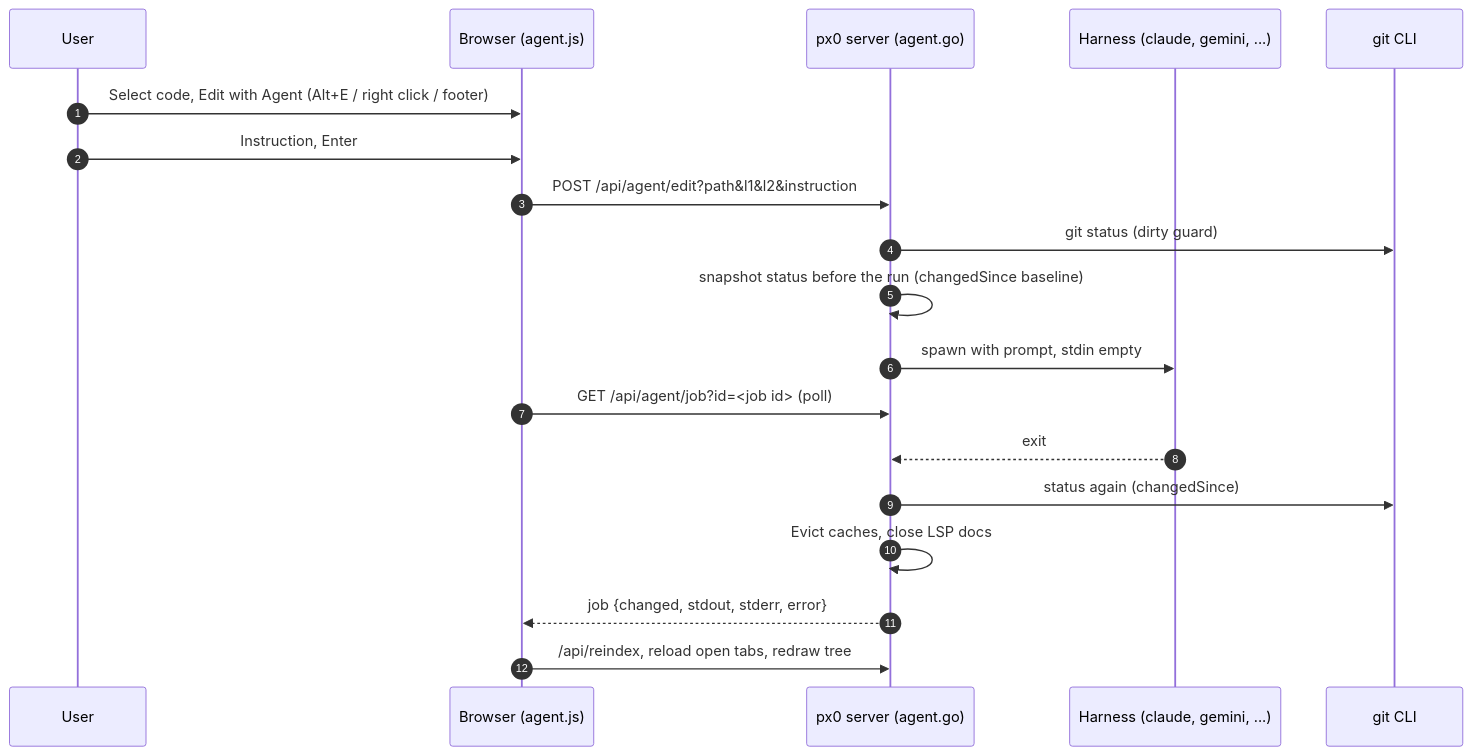
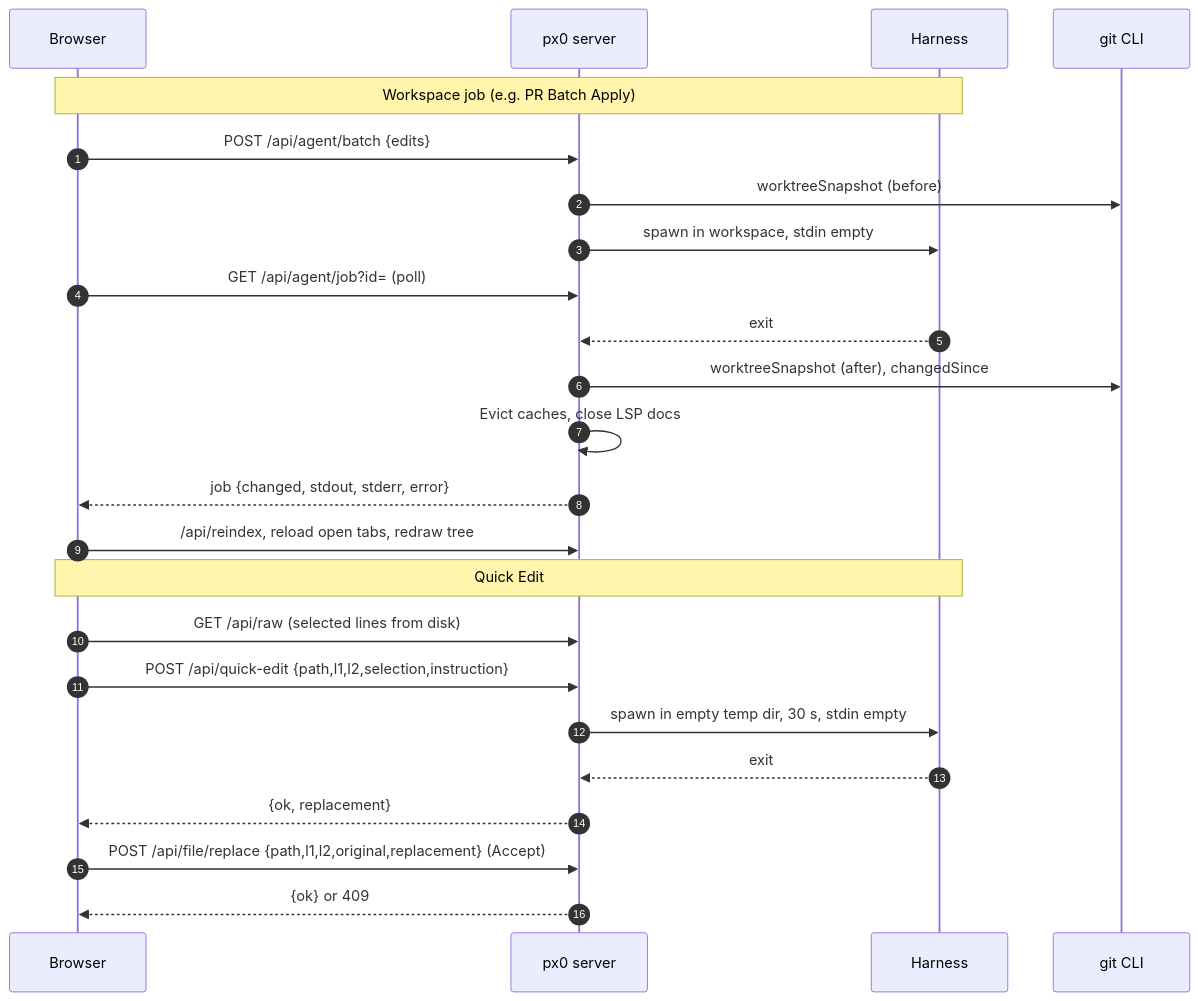
The diagram in docs/internals/agent-editing.md (Neautrino/punk0), drawn with Mermaid before and after one commit. The commit also changed other lines of this file and 25 other files, not shown here.

First line of the commit message:
docs: editor terminal and Quick Edit replace Threads and Edit Inline

````diff
--- a/docs/internals/agent-editing.md
+++ b/docs/internals/agent-editing.md
@@ -28,22 +25,28 @@
 ```mermaid
 sequenceDiagram
     autonumber
-    participant U as User
-    participant UI as Browser (agent.js)
-    participant S as px0 server (agent.go)
-    participant H as Harness (claude, gemini, ...)
+    participant UI as Browser
+    participant S as px0 server
+    participant H as Harness
     participant G as git CLI
 
-    U->>UI: Select code, Edit with Agent (Alt+E / right click / footer)
-    U->>UI: Instruction, Enter
-    UI->>S: POST /api/agent/edit?path&l1&l2&instruction
-    S->>G: git status (dirty guard)
-    S->>S: snapshot status before the run (changedSince baseline)
-    S->>H: spawn with prompt, stdin empty
-    UI->>S: GET /api/agent/job?id=<job id> (poll)
+    Note over UI,H: Workspace job (e.g. PR Batch Apply)
+    UI->>S: POST /api/agent/batch {edits}
+    S->>G: worktreeSnapshot (before)
+    S->>H: spawn in workspace, stdin empty
+    UI->>S: GET /api/agent/job?id= (poll)
     H-->>S: exit
-    S->>G: status again (changedSince)
+    S->>G: worktreeSnapshot (after), changedSince
     S->>S: Evict caches, close LSP docs
     S-->>UI: job {changed, stdout, stderr, error}
     UI->>S: /api/reindex, reload open tabs, redraw tree
+
+    Note over UI,H: Quick Edit
+    UI->>S: GET /api/raw (selected lines from disk)
+    UI->>S: POST /api/quick-edit {path,l1,l2,selection,instruction}
+    S->>H: spawn in empty temp dir, 30 s, stdin empty
+    H-->>S: exit
+    S-->>UI: {ok, replacement}
+    UI->>S: POST /api/file/replace {path,l1,l2,original,replacement} (Accept)
+    S-->>UI: {ok} or 409
 ```
````
